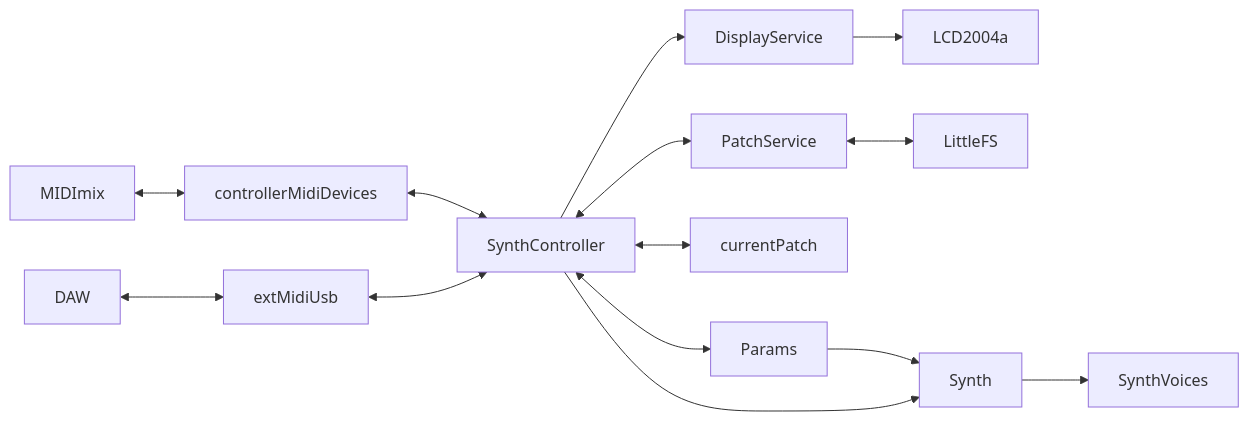
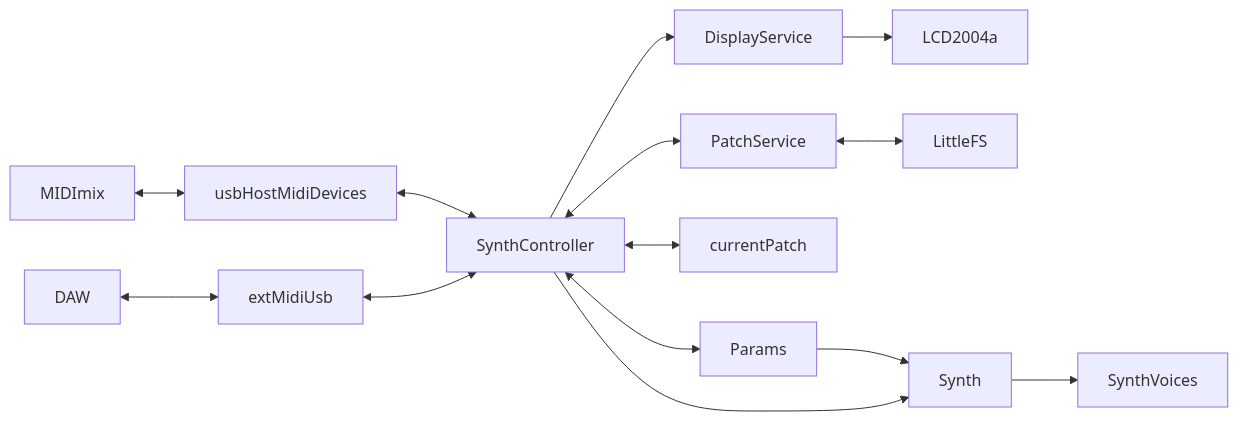
The diagram in Code.md (phjanderson/TeensyMixSynth), drawn with Mermaid before and after one commit. The commit also changed other lines of this file and 6 other files, not shown here.

Commit message:
correct USB host MIDI device handling based on idVendor and idProduct

````diff
--- a/Code.md
+++ b/Code.md
@@ -89,16 +89,16 @@
 ```mermaid
 flowchart LR
-    MIDImix <--> controllerMidiDevices
-    controllerMidiDevices <--> SynthController
+    MIDImix <--> usbHostMidiDevices
+    usbHostMidiDevices <--> SynthController
     DAW <--> extMidiUsb
     extMidiUsb <--> SynthController
     SynthController --> DisplayService
     DisplayService --> LCD2004a
     SynthController <--> PatchService
     PatchService <--> LittleFS
     SynthController <--> currentPatch
     SynthController <--> Params
     Params --> Synth
     SynthController --> Synth
     Synth --> SynthVoices
 ```
````
